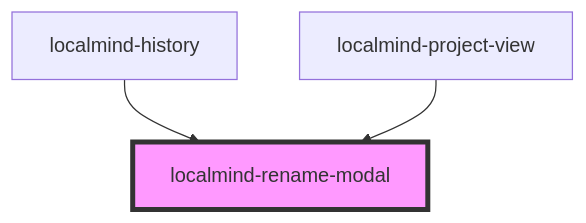
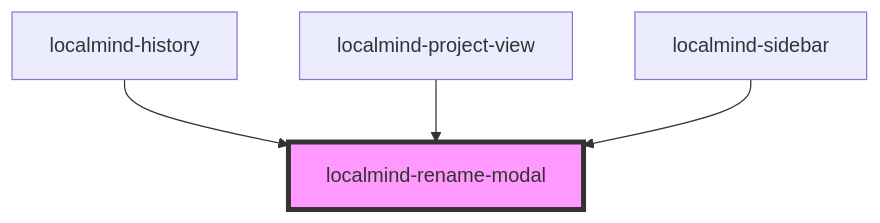
One commit to JoyGHub/LocalMind changed the diagram in src/components/localmind-rename-modal/readme.md. Above: the diagram before and after it, drawn with Mermaid. The commit also changed other lines of this file and 11 other files, not shown here.

````diff
--- a/src/components/localmind-rename-modal/readme.md
+++ b/src/components/localmind-rename-modal/readme.md
@@ -60,6 +63,7 @@
 ```mermaid
 graph TD;
   localmind-history --> localmind-rename-modal
   localmind-project-view --> localmind-rename-modal
+  localmind-sidebar --> localmind-rename-modal
   style localmind-rename-modal fill:#f9f,stroke:#333,stroke-width:4px
 ```
````
